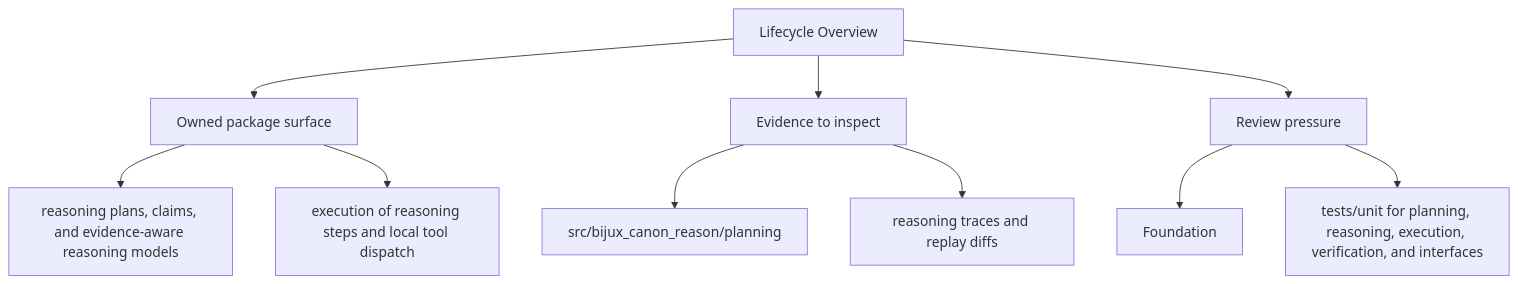
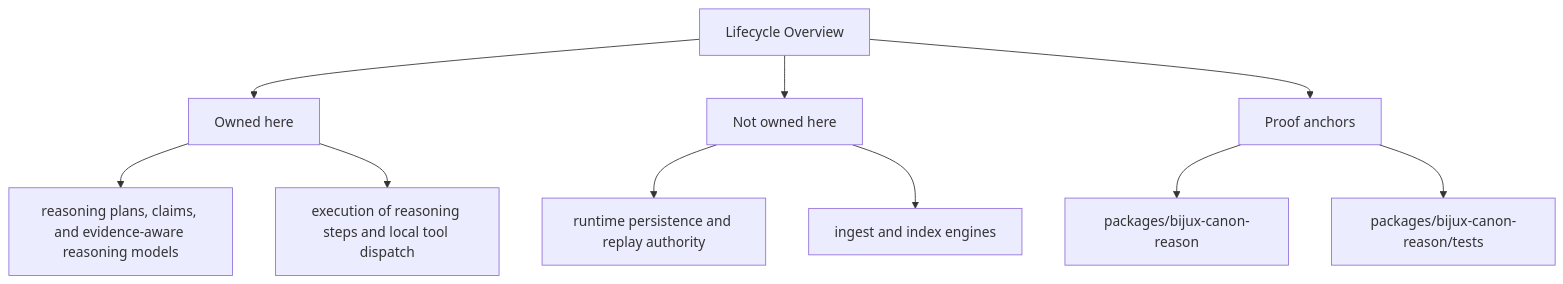
The second of 2 diagrams in docs/bijux-canon-reason/foundation/lifecycle-overview.md (bijux/bijux-canon), drawn with Mermaid before and after one commit. The commit also changed other lines of this file and 250 other files, not shown here.

Commit message:
docs(diagrams): make product page maps more readable

````diff
--- a/docs/bijux-canon-reason/foundation/lifecycle-overview.md
+++ b/docs/bijux-canon-reason/foundation/lifecycle-overview.md
@@ -36,22 +36,22 @@
 ```mermaid
 flowchart TD
     page["Lifecycle Overview"]
-    focus1["Owned package surface"]
+    focus1["Owned here"]
     page --> focus1
     focus1_1["reasoning plans, claims, and evidence-aware reasoning models"]
     focus1 --> focus1_1
     focus1_2["execution of reasoning steps and local tool dispatch"]
     focus1 --> focus1_2
-    focus2["Evidence to inspect"]
+    focus2["Not owned here"]
     page --> focus2
-    focus2_1["src/bijux_canon_reason/planning"]
+    focus2_1["runtime persistence and replay authority"]
     focus2 --> focus2_1
-    focus2_2["reasoning traces and replay diffs"]
+    focus2_2["ingest and index engines"]
     focus2 --> focus2_2
-    focus3["Review pressure"]
+    focus3["Proof anchors"]
     page --> focus3
-    focus3_1["Foundation"]
+    focus3_1["packages/bijux-canon-reason"]
     focus3 --> focus3_1
-    focus3_2["tests/unit for planning, reasoning, execution, verification, and interfaces"]
+    focus3_2["packages/bijux-canon-reason/tests"]
     focus3 --> focus3_2
 ```
````
